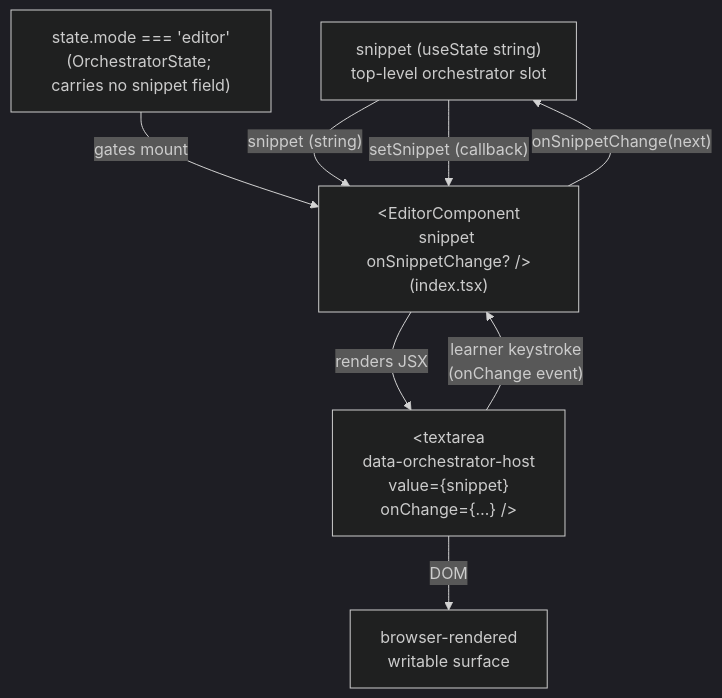
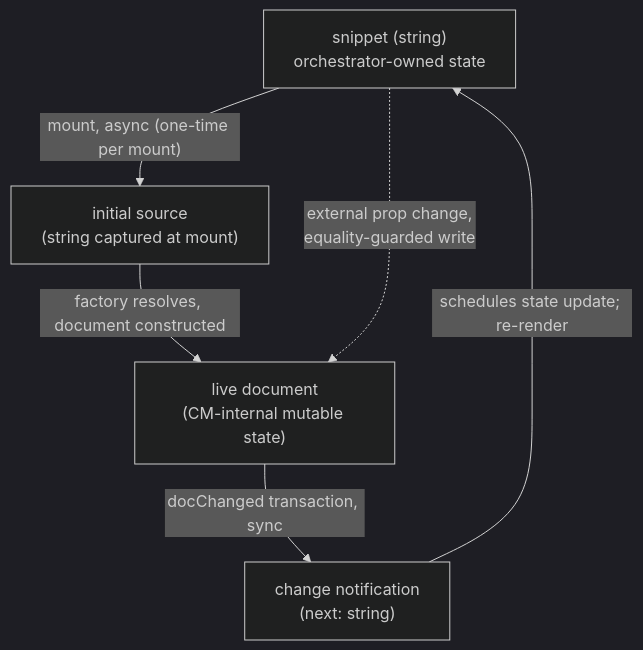
Before and after one commit to codeschoolinabox/curricula: the diagram in src/lib/just-enough/javascript/orchestrate/editor/DOCS.md, drawn with Mermaid (dark theme). The commit also changed other lines of this file and 4 other files, not shown here.

````diff
--- a/src/lib/just-enough/javascript/orchestrate/editor/DOCS.md
+++ b/src/lib/just-enough/javascript/orchestrate/editor/DOCS.md
@@ -35,12 +35,12 @@
 ```mermaid
 flowchart TD
-    Snippet["snippet (useState string)<br/>top-level orchestrator slot"]
-    Mode["state.mode === 'editor'<br/>(OrchestratorState; carries no snippet field)"]
-    Snippet -->|"snippet (string)"| Editor["&lt;EditorComponent<br/>snippet onSnippetChange? /&gt;<br/>(index.tsx)"]
-    Mode -->|"gates mount"| Editor
-    Snippet -->|"setSnippet (callback)"| Editor
-    Editor -->|"renders JSX"| Host["&lt;textarea<br/>data-orchestrator-host<br/>value={snippet}<br/>onChange={…} /&gt;"]
-    Host -->|"DOM"| Browser["browser-rendered<br/>writable surface"]
-    Host -->|"learner keystroke<br/>(onChange event)"| Editor
-    Editor -->|"onSnippetChange(next)"| Snippet
+    SnippetState["snippet (string)<br/>orchestrator-owned state"]
+    InitialSeed["initial source<br/>(string captured at mount)"]
+    LiveDoc["live document<br/>(CM-internal mutable state)"]
+    ChangeNotif["change notification<br/>(next: string)"]
+    SnippetState -->|"mount, async (one-time per mount)"| InitialSeed
+    InitialSeed -->|"factory resolves, document constructed"| LiveDoc
+    LiveDoc -->|"docChanged transaction, sync"| ChangeNotif
+    ChangeNotif -->|"schedules state update; re-render"| SnippetState
+    SnippetState -.->|"external prop change,<br/>equality-guarded write"| LiveDoc
 ```
````
